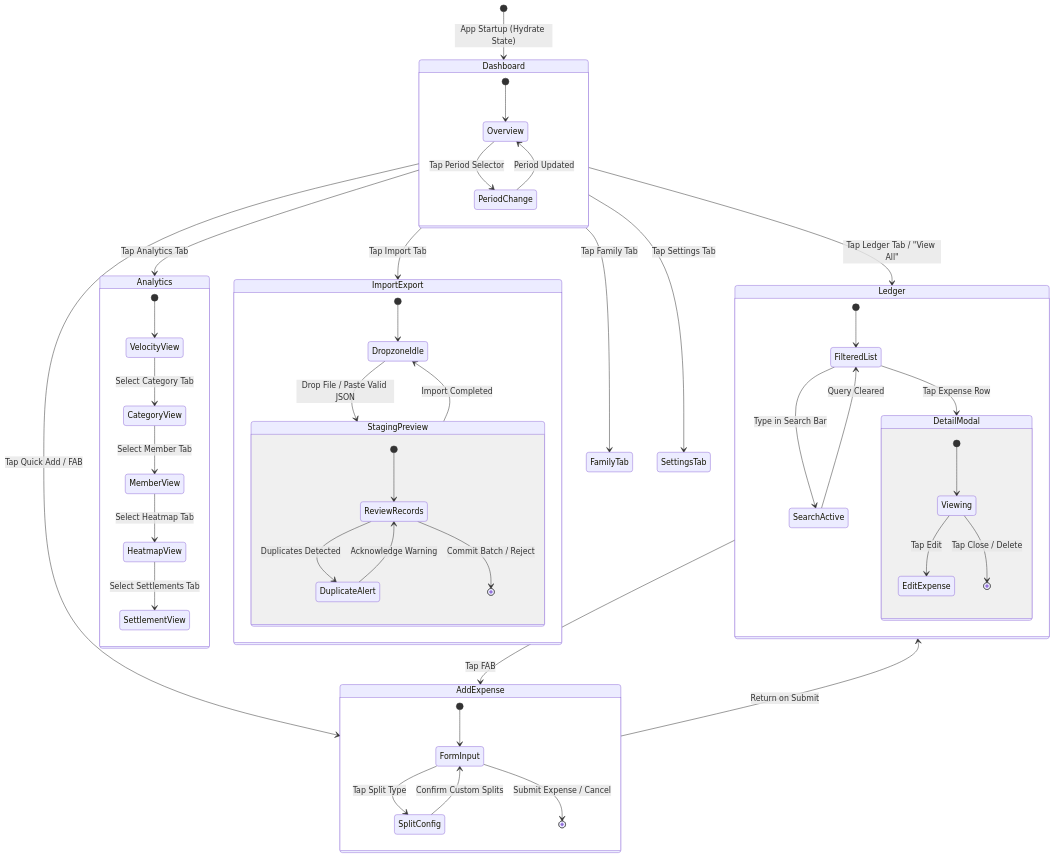
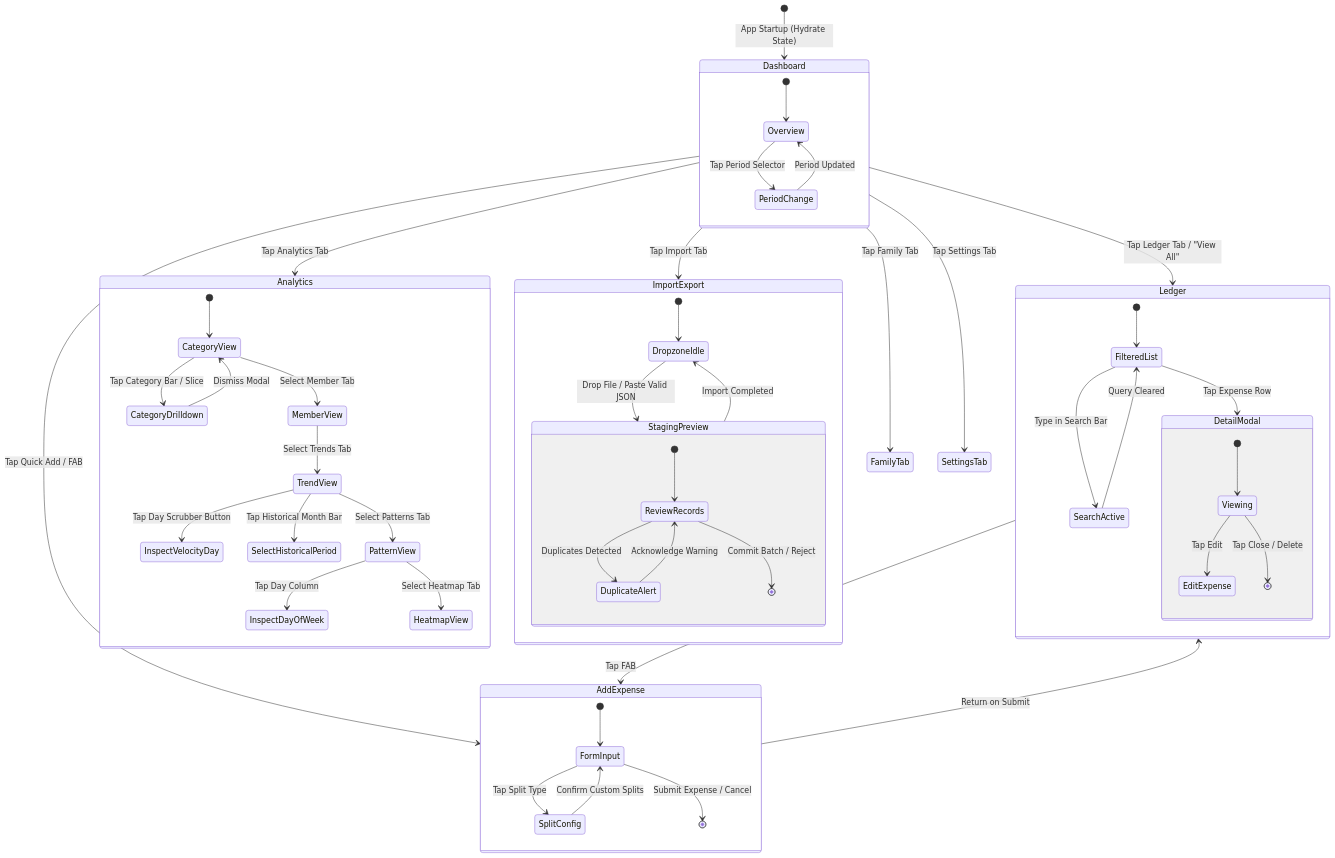
Before and after one commit to Bert0ns/bert0ns-family-management: the third of 3 diagrams in docs/architecture/02-screens-and-navigation.md, drawn with Mermaid. The commit also changed other lines of this file and 15 other files, not shown here.

````diff
--- a/docs/architecture/02-screens-and-navigation.md
+++ b/docs/architecture/02-screens-and-navigation.md
@@ -109,60 +129,65 @@
 ```mermaid
 stateDiagram-v2
     [*] --> Dashboard : App Startup (Hydrate State)
 
     state Dashboard {
         [*] --> Overview
         Overview --> PeriodChange : Tap Period Selector
         PeriodChange --> Overview : Period Updated
     }
 
     Dashboard --> Ledger : Tap Ledger Tab / "View All"
     Dashboard --> AddExpense : Tap Quick Add / FAB
     Dashboard --> Analytics : Tap Analytics Tab
 
     state Ledger {
         [*] --> FilteredList
         FilteredList --> SearchActive : Type in Search Bar
         SearchActive --> FilteredList : Query Cleared
         FilteredList --> DetailModal : Tap Expense Row
         state DetailModal {
             [*] --> Viewing
             Viewing --> EditExpense : Tap Edit
             Viewing --> [*] : Tap Close / Delete
         }
     }
 
     state AddExpense {
         [*] --> FormInput
         FormInput --> SplitConfig : Tap Split Type
         SplitConfig --> FormInput : Confirm Custom Splits
         FormInput --> [*] : Submit Expense / Cancel
     }
 
     Ledger --> AddExpense : Tap FAB
     AddExpense --> Ledger : Return on Submit
 
     state Analytics {
-        [*] --> VelocityView
-        VelocityView --> CategoryView : Select Category Tab
+        [*] --> CategoryView
+        CategoryView --> CategoryDrilldown : Tap Category Bar / Slice
+        CategoryDrilldown --> CategoryView : Dismiss Modal
         CategoryView --> MemberView : Select Member Tab
-        MemberView --> HeatmapView : Select Heatmap Tab
-        HeatmapView --> SettlementView : Select Settlements Tab
+        MemberView --> TrendView : Select Trends Tab
+        TrendView --> InspectVelocityDay : Tap Day Scrubber Button
+        TrendView --> SelectHistoricalPeriod : Tap Historical Month Bar
+        TrendView --> PatternView : Select Patterns Tab
+        PatternView --> InspectDayOfWeek : Tap Day Column
+        PatternView --> HeatmapView : Select Heatmap Tab
     }
 
     Dashboard --> ImportExport : Tap Import Tab
     state ImportExport {
         [*] --> DropzoneIdle
         DropzoneIdle --> StagingPreview : Drop File / Paste Valid JSON
         state StagingPreview {
             [*] --> ReviewRecords
             ReviewRecords --> DuplicateAlert : Duplicates Detected
             DuplicateAlert --> ReviewRecords : Acknowledge Warning
             ReviewRecords --> [*] : Commit Batch / Reject
         }
         StagingPreview --> DropzoneIdle : Import Completed
     }
 
     Dashboard --> FamilyTab : Tap Family Tab
     Dashboard --> SettingsTab : Tap Settings Tab
 ```
````
